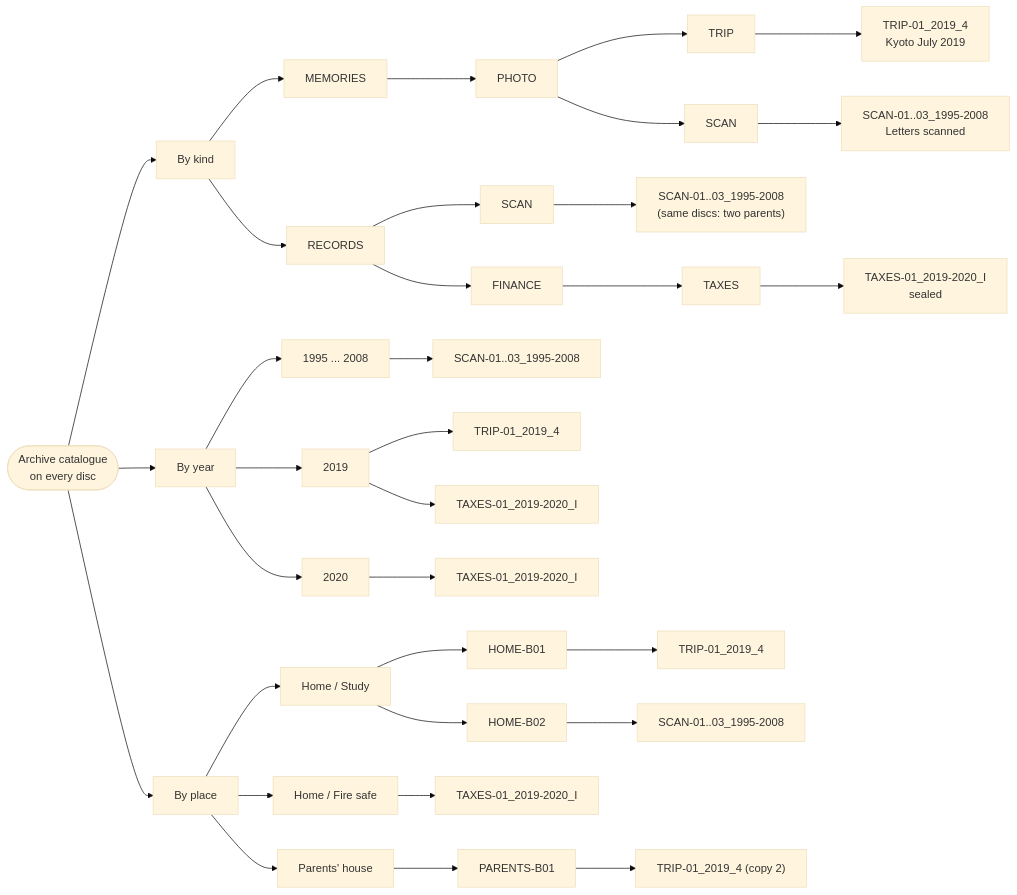
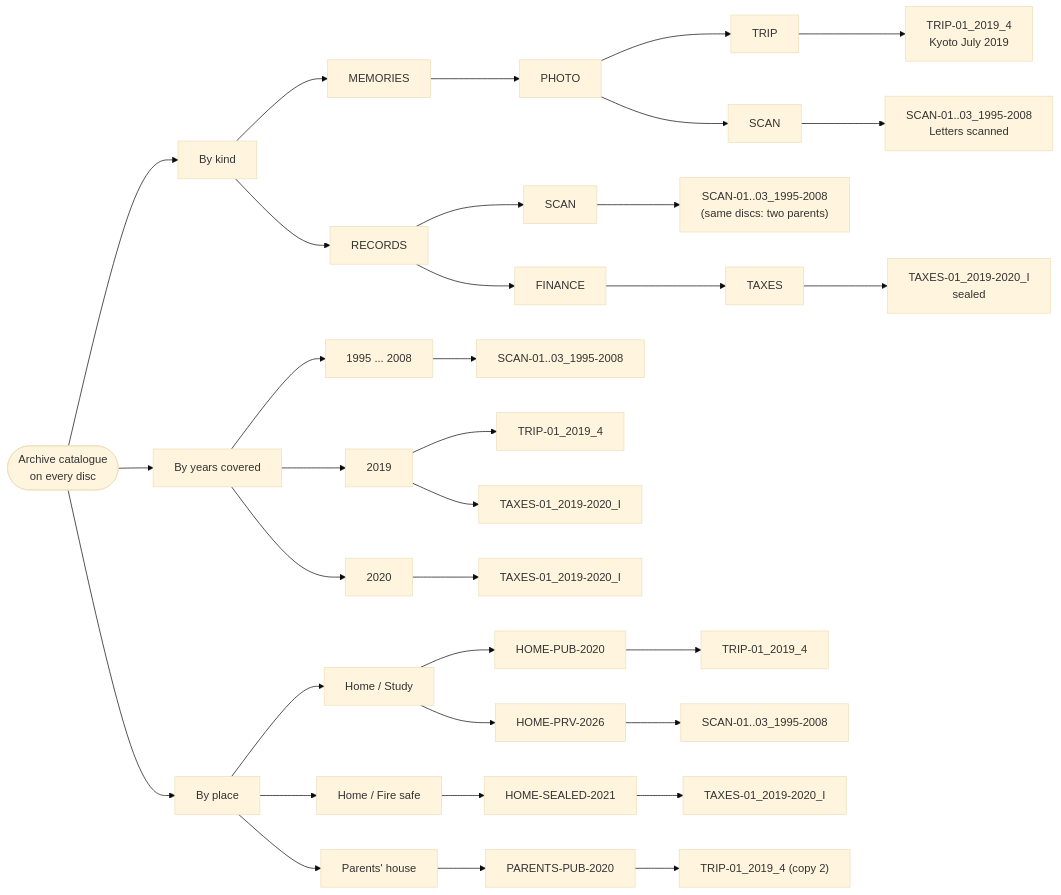
Before and after one commit to mofosyne/arv: the diagram in docs/shelving.md, drawn with Mermaid (base theme). The commit also changed other lines of this file and 7 other files, not shown here.

````diff
--- a/docs/shelving.md
+++ b/docs/shelving.md
@@ -58,24 +65,24 @@
 ```mermaid
 flowchart LR
     A([Archive catalogue<br/>on every disc])
 
     A --> K[By kind]
     K --> KM[MEMORIES] --> KP[PHOTO]
     KP --> KT[TRIP] --> k1["TRIP-01_2019_4<br/>Kyoto July 2019"]
     KP --> KS[SCAN] --> k2["SCAN-01..03_1995-2008<br/>Letters scanned"]
     K --> KR[RECORDS]
     KR --> KS2[SCAN] --> k3["SCAN-01..03_1995-2008<br/>(same discs: two parents)"]
     KR --> KF[FINANCE] --> KX[TAXES] --> k4["TAXES-01_2019-2020_I<br/>sealed"]
 
-    A --> Y[By year]
+    A --> Y[By years covered]
     Y --> Y1[1995 ... 2008] --> y1["SCAN-01..03_1995-2008"]
     Y --> Y2[2019] --> y2["TRIP-01_2019_4"]
     Y2 --> y3["TAXES-01_2019-2020_I"]
     Y --> Y3[2020] --> y4["TAXES-01_2019-2020_I"]
 
     A --> P[By place]
-    P --> PH[Home / Study] --> PB[HOME-B01] --> p1["TRIP-01_2019_4"]
-    PH --> PB2[HOME-B02] --> p2["SCAN-01..03_1995-2008"]
-    P --> PS[Home / Fire safe] --> p3["TAXES-01_2019-2020_I"]
-    P --> PP[Parents' house] --> PP1[PARENTS-B01] --> p4["TRIP-01_2019_4 (copy 2)"]
+    P --> PH[Home / Study] --> PB[HOME-PUB-2020] --> p1["TRIP-01_2019_4"]
+    PH --> PB2[HOME-PRV-2026] --> p2["SCAN-01..03_1995-2008"]
+    P --> PS[Home / Fire safe] --> PS1[HOME-SEALED-2021] --> p3["TAXES-01_2019-2020_I"]
+    P --> PP[Parents' house] --> PP1[PARENTS-PUB-2020] --> p4["TRIP-01_2019_4 (copy 2)"]
 ```
````
